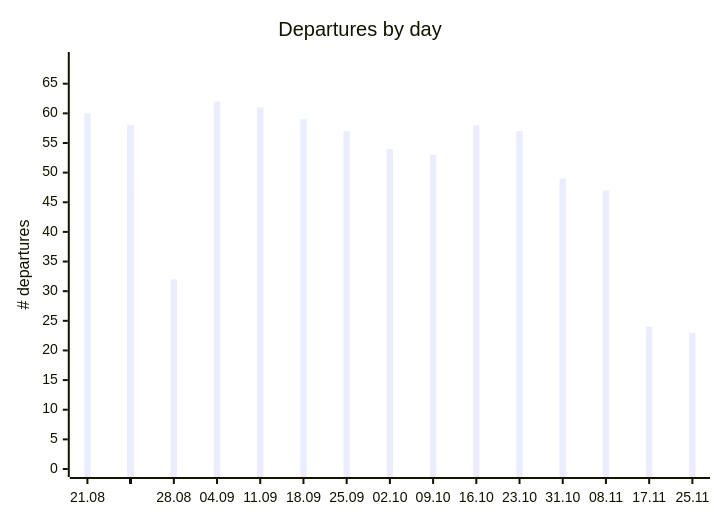
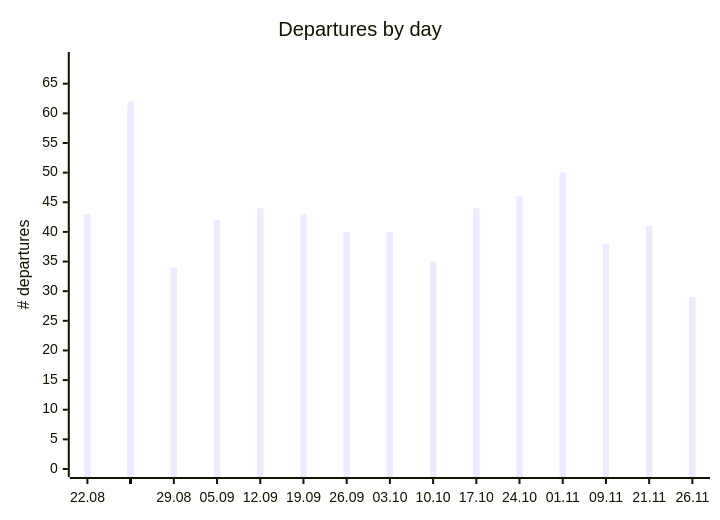
Before and after one commit to rainermesi/tll-airport-departures: the first of 2 diagrams in README.md, drawn with Mermaid. The commit also changed other lines of this file and 3 other files, not shown here.

````diff
--- a/README.md
+++ b/README.md
@@ -65,12 +65,12 @@
 ```mermaid
 ---
 xyChart:
     xAxis:
       labelFontSize: 8
 ---
 xychart-beta
     title "Departures by day"
-    x-axis ["21.08", " ", " ", " ", " ", " ", " ", "28.08", " ", " ", " ", " ", " ", " ", "04.09", " ", " ", " ", " ", " ", " ", "11.09", " ", " ", " ", " ", " ", " ", "18.09", " ", " ", " ", " ", " ", " ", "25.09", " ", " ", " ", " ", " ", " ", "02.10", " ", " ", " ", " ", " ", " ", "09.10", " ", " ", " ", " ", " ", " ", "16.10", " ", " ", " ", " ", " ", " ", "23.10", " ", " ", " ", " ", " ", " ", "31.10", " ", " ", " ", " ", " ", " ", "08.11", " ", " ", " ", " ", " ", " ", "17.11", " ", " ", " ", " ", "25.11"]
+    x-axis ["22.08", " ", " ", " ", " ", " ", " ", "29.08", " ", " ", " ", " ", " ", " ", "05.09", " ", " ", " ", " ", " ", " ", "12.09", " ", " ", " ", " ", " ", " ", "19.09", " ", " ", " ", " ", " ", " ", "26.09", " ", " ", " ", " ", " ", " ", "03.10", " ", " ", " ", " ", " ", " ", "10.10", " ", " ", " ", " ", " ", " ", "17.10", " ", " ", " ", " ", " ", " ", "24.10", " ", " ", " ", " ", " ", " ", "01.11", " ", " ", " ", " ", " ", " ", "09.11", " ", " ", " ", " ", " ", " ", "21.11", " ", " ", " ", " ", "26.11"]
     y-axis "# departures" 0 --> 69
-    bar [60, 43, 58, 58, 48, 54, 33, 32, 34, 52, 54, 45, 54, 49, 62, 42, 56, 57, 48, 53, 52, 61, 44, 54, 56, 47, 51, 52, 59, 43, 52, 55, 46, 51, 53, 57, 40, 48, 54, 42, 46, 52, 54, 40, 48, 50, 36, 45, 46, 53, 35, 49, 50, 34, 46, 52, 58, 44, 55, 56, 46, 48, 52, 57, 46, 50, 46, 51, 27, 49, 49, 50, 44, 20, 43, 24, 45, 47, 38, 20, 23, 41, 22, 37, 24, 41, 21, 30, 46, 23]
+    bar [43, 58, 58, 48, 54, 33, 32, 34, 52, 54, 45, 54, 49, 62, 42, 56, 57, 48, 53, 52, 61, 44, 54, 56, 47, 51, 52, 59, 43, 52, 55, 46, 51, 53, 57, 40, 48, 54, 42, 46, 52, 54, 40, 48, 50, 36, 45, 46, 53, 35, 49, 50, 34, 46, 52, 58, 44, 55, 56, 46, 48, 52, 57, 46, 50, 46, 51, 27, 49, 49, 50, 44, 20, 43, 24, 45, 47, 38, 20, 23, 41, 22, 37, 24, 41, 21, 30, 46, 23, 29]
 ```
````
